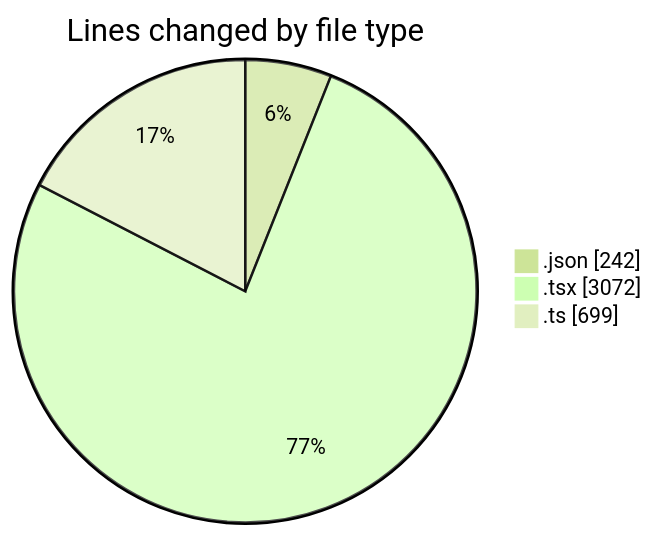
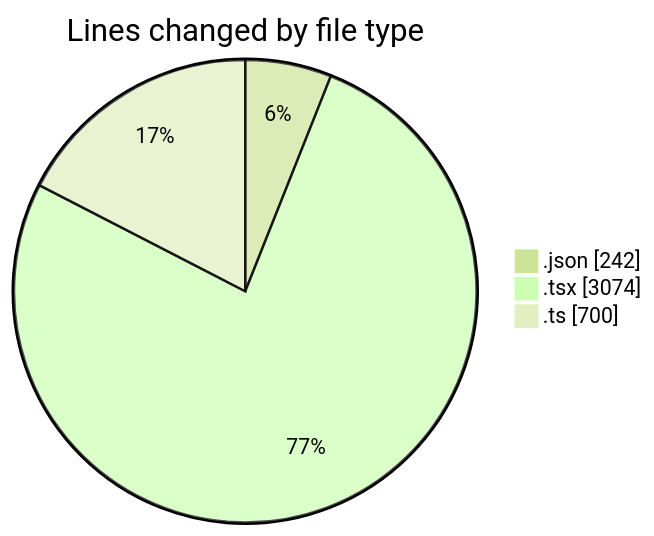
Before and after one commit to julien-gomy/code-tracking: the first of 2 diagrams in 2025-11-17/eventscop-frontend-guide__workspace_/README.md, drawn with Mermaid (forest theme). The commit also changed other lines of this file and 1 other file, not shown here.

````diff
--- a/2025-11-17/eventscop-frontend-guide__workspace_/README.md
+++ b/2025-11-17/eventscop-frontend-guide__workspace_/README.md
@@ -42,7 +42,7 @@
 ```mermaid
 pie showData
 title Lines changed by file type
 ".json" : 242
-".tsx" : 3072
-".ts" : 699
+".tsx" : 3074
+".ts" : 700
 ```
````
